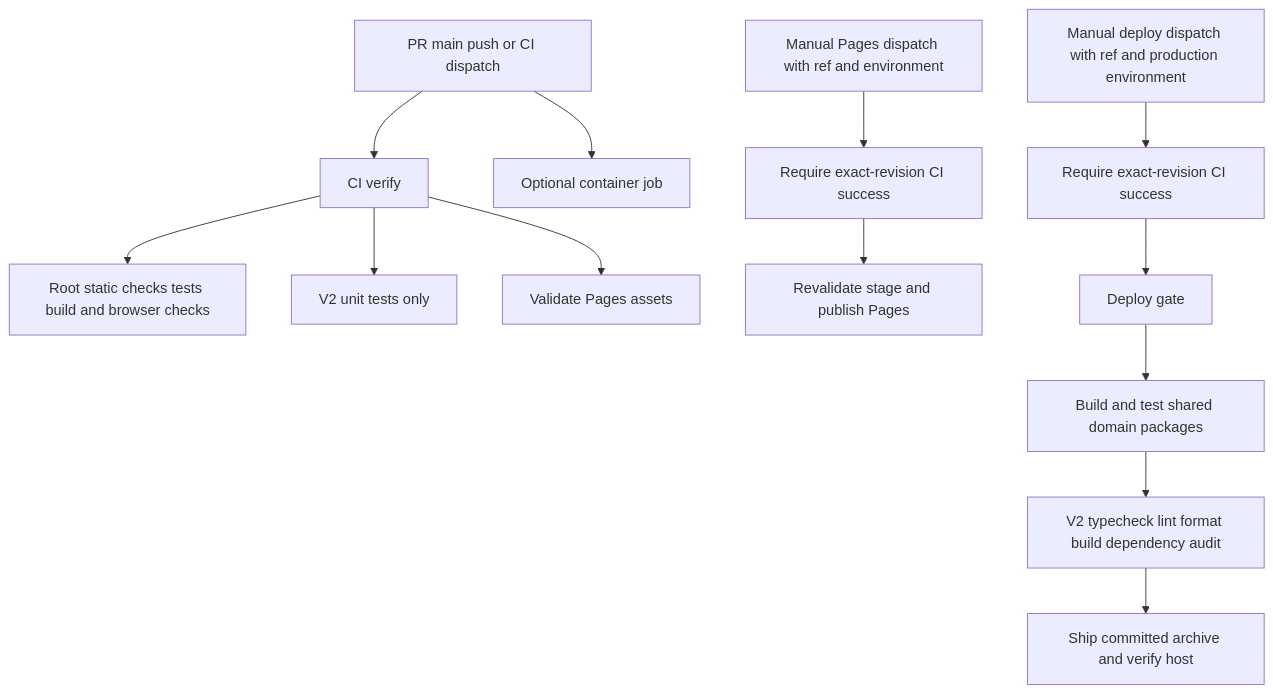
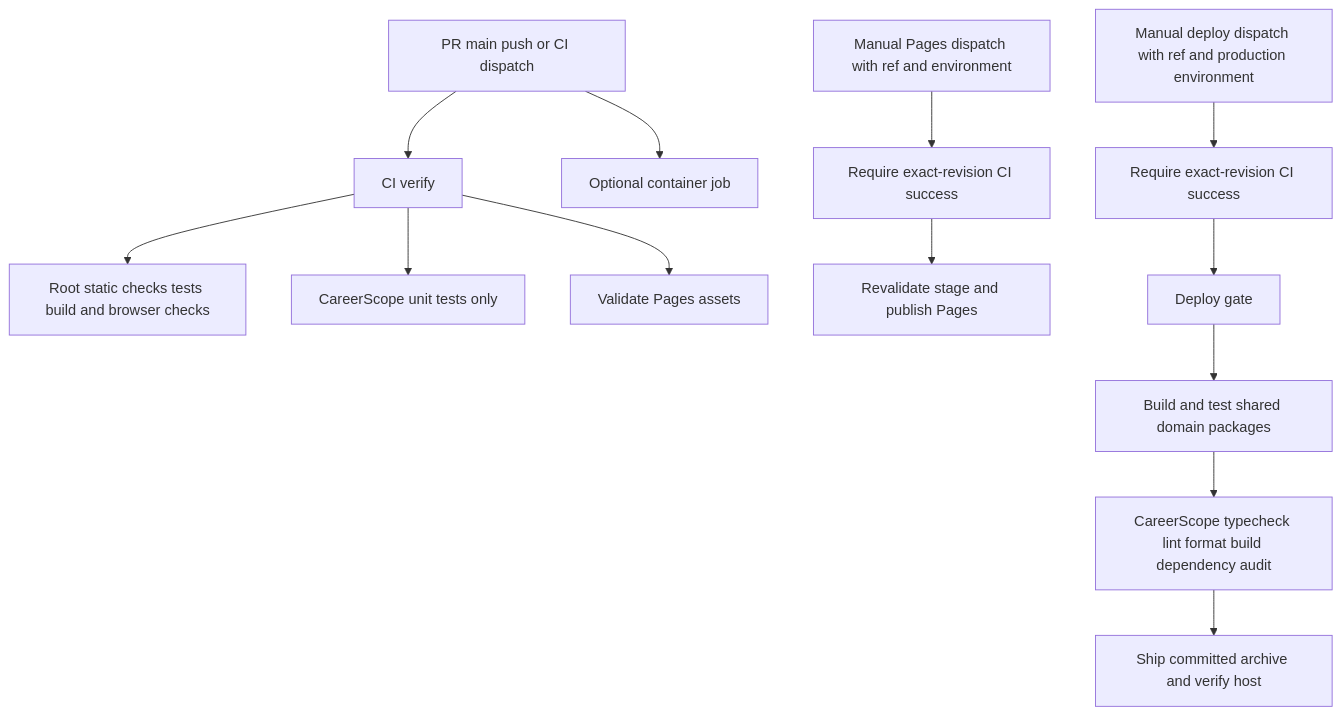
The seventh of 8 diagrams in docs/architecture/README.md (varunjakkampudi-tech/careerscope), drawn with Mermaid before and after one commit. The commit also changed other lines of this file and 616 other files, not shown here.

Commit message:
chore: consolidate CareerScope into canonical workspace

````diff
--- a/docs/architecture/README.md
+++ b/docs/architecture/README.md
@@ -209,15 +209,15 @@
 ```mermaid
 flowchart TD
     Change[PR main push or CI dispatch] --> CI[CI verify]
     CI --> Root[Root static checks tests build and browser checks]
-    CI --> V2[V2 unit tests only]
+    CI --> CareerScope[CareerScope unit tests only]
     CI --> PagesCheck[Validate Pages assets]
     Change --> Image[Optional container job]
     PagesDispatch[Manual Pages dispatch with ref and environment] --> PagesExact[Require exact-revision CI success]
     PagesExact --> PagesBuild[Revalidate stage and publish Pages]
     Trigger[Manual deploy dispatch with ref and production environment] --> Exact[Require exact-revision CI success]
     Exact --> Gate[Deploy gate]
     Gate --> Domain[Build and test shared domain packages]
-    Domain --> Checks[V2 typecheck lint format build dependency audit]
+    Domain --> Checks[CareerScope typecheck lint format build dependency audit]
     Checks --> Ship[Ship committed archive and verify host]
 ```
````
